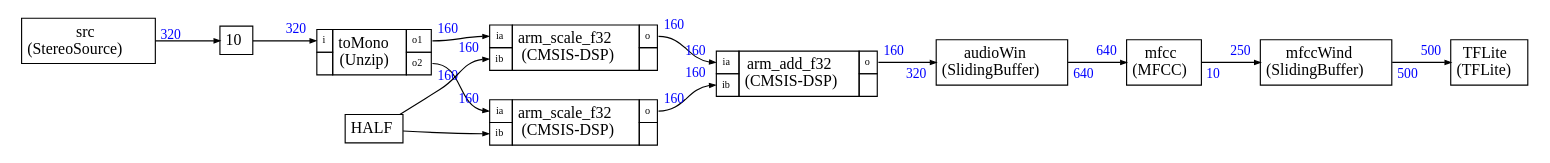
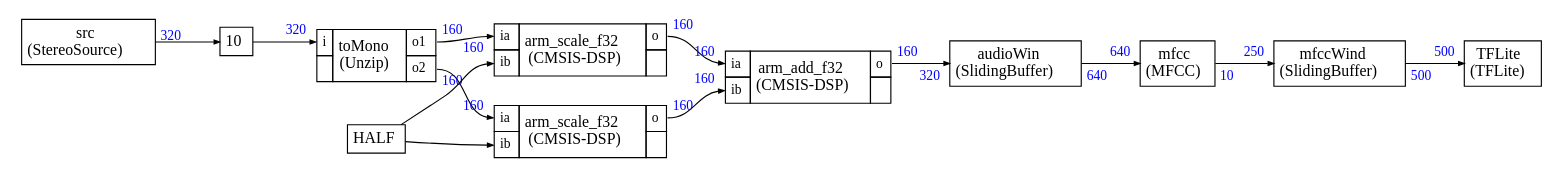
One commit to ARM-software/CMSIS-Stream changed the diagram in Examples/example2/pre_schedule_test.dot. Above: the diagram before and after it, drawn with Graphviz. The commit also changed 200 other files, not shown here.

First line of the commit message:
Preliminary work on graph styling

```diff
--- a/Examples/example2/pre_schedule_test.dot
+++ b/Examples/example2/pre_schedule_test.dot
@@ -1,187 +1,188 @@
 
 
 
 
 digraph structs {
-    node [shape=plaintext]
+    bgcolor = "white"
+    node [shape=plaintext,color="black",fontcolor="black",fontname="Times-Roman"]
     rankdir=LR
-    edge [arrowsize=0.5]
-    fontname="times"
+    edge [arrowsize="0.5",color="black",fontcolor="black",fontname="Times-Roman"]
+
 
 
 src [label=<
-<TABLE BORDER="0" CELLBORDER="1" CELLSPACING="0" CELLPADDING="4">
+<TABLE color="black" bgcolor="none" BORDER="0" CELLBORDER="1" CELLSPACING="0" CELLPADDING="4">
   <TR>
-    <TD ALIGN="CENTER" PORT="i">src<BR/>(StereoSource)</TD>
+    <TD ALIGN="CENTER" PORT="i"><FONT COLOR="black" POINT-SIZE="14.0">src<BR/>(StereoSource)</FONT></TD>
   </TR>
 </TABLE>>];
 
 
 toMono [label=<
-<TABLE BORDER="0" CELLBORDER="1" CELLSPACING="0" CELLPADDING="4">
+<TABLE color="black" bgcolor="none" BORDER="0" CELLBORDER="1" CELLSPACING="0" CELLPADDING="4">
   <TR>
-    <TD PORT="i"><FONT POINT-SIZE="9.0">i</FONT></TD>
-    <TD ALIGN="CENTER" ROWSPAN="2">toMono<BR/>(Unzip)</TD>
-    <TD PORT="o1"><FONT POINT-SIZE="9.0">o1</FONT></TD>
+    <TD PORT="i"><FONT POINT-SIZE="12.0" COLOR="black">i</FONT></TD>
+    <TD ALIGN="CENTER" ROWSPAN="2"><FONT COLOR="black" POINT-SIZE="14.0">toMono<BR/>(Unzip)</FONT></TD>
+    <TD PORT="o1"><FONT POINT-SIZE="12.0" COLOR="black">o1</FONT></TD>
   </TR>
 <TR>
  
 <TD></TD>
-<TD PORT="o2"><FONT POINT-SIZE="9.0">o2</FONT></TD>
+<TD PORT="o2"><FONT POINT-SIZE="12.0" COLOR="black">o2</FONT></TD>
 </TR>
 
 </TABLE>>];
 
 
 arm_scale_f321 [label=<
-<TABLE BORDER="0" CELLBORDER="1" CELLSPACING="0" CELLPADDING="4">
+<TABLE color="black" bgcolor="none" BORDER="0" CELLBORDER="1" CELLSPACING="0" CELLPADDING="4">
   <TR>
-    <TD PORT="ia"><FONT POINT-SIZE="9.0">ia</FONT></TD>
-    <TD ALIGN="CENTER" ROWSPAN="2">arm_scale_f32<BR/>(CMSIS-DSP)</TD>
-    <TD PORT="o"><FONT POINT-SIZE="9.0">o</FONT></TD>
+    <TD PORT="ia"><FONT POINT-SIZE="12.0" COLOR="black">ia</FONT></TD>
+    <TD ALIGN="CENTER" ROWSPAN="2"><FONT COLOR="black" POINT-SIZE="14.0">arm_scale_f32<BR/>(CMSIS-DSP)</FONT></TD>
+    <TD PORT="o"><FONT POINT-SIZE="12.0" COLOR="black">o</FONT></TD>
   </TR>
 <TR>
-<TD PORT="ib"><FONT POINT-SIZE="9.0">ib</FONT></TD>
+<TD PORT="ib"><FONT POINT-SIZE="12.0" COLOR="black">ib</FONT></TD>
 
  
 <TD></TD></TR>
 
 </TABLE>>];
 
 
 arm_scale_f322 [label=<
-<TABLE BORDER="0" CELLBORDER="1" CELLSPACING="0" CELLPADDING="4">
+<TABLE color="black" bgcolor="none" BORDER="0" CELLBORDER="1" CELLSPACING="0" CELLPADDING="4">
   <TR>
-    <TD PORT="ia"><FONT POINT-SIZE="9.0">ia</FONT></TD>
-    <TD ALIGN="CENTER" ROWSPAN="2">arm_scale_f32<BR/>(CMSIS-DSP)</TD>
-    <TD PORT="o"><FONT POINT-SIZE="9.0">o</FONT></TD>
+    <TD PORT="ia"><FONT POINT-SIZE="12.0" COLOR="black">ia</FONT></TD>
+    <TD ALIGN="CENTER" ROWSPAN="2"><FONT COLOR="black" POINT-SIZE="14.0">arm_scale_f32<BR/>(CMSIS-DSP)</FONT></TD>
+    <TD PORT="o"><FONT POINT-SIZE="12.0" COLOR="black">o</FONT></TD>
   </TR>
 <TR>
-<TD PORT="ib"><FONT POINT-SIZE="9.0">ib</FONT></TD>
+<TD PORT="ib"><FONT POINT-SIZE="12.0" COLOR="black">ib</FONT></TD>
 
  
 <TD></TD></TR>
 
 </TABLE>>];
 
 
 arm_add_f321 [label=<
-<TABLE BORDER="0" CELLBORDER="1" CELLSPACING="0" CELLPADDING="4">
+<TABLE color="black" bgcolor="none" BORDER="0" CELLBORDER="1" CELLSPACING="0" CELLPADDING="4">
   <TR>
-    <TD PORT="ia"><FONT POINT-SIZE="9.0">ia</FONT></TD>
-    <TD ALIGN="CENTER" ROWSPAN="2">arm_add_f32<BR/>(CMSIS-DSP)</TD>
-    <TD PORT="o"><FONT POINT-SIZE="9.0">o</FONT></TD>
+    <TD PORT="ia"><FONT POINT-SIZE="12.0" COLOR="black">ia</FONT></TD>
+    <TD ALIGN="CENTER" ROWSPAN="2"><FONT COLOR="black" POINT-SIZE="14.0">arm_add_f32<BR/>(CMSIS-DSP)</FONT></TD>
+    <TD PORT="o"><FONT POINT-SIZE="12.0" COLOR="black">o</FONT></TD>
   </TR>
 <TR>
-<TD PORT="ib"><FONT POINT-SIZE="9.0">ib</FONT></TD>
+<TD PORT="ib"><FONT POINT-SIZE="12.0" COLOR="black">ib</FONT></TD>
 
  
 <TD></TD></TR>
 
 </TABLE>>];
 
 audioWin [label=<
-<TABLE BORDER="0" CELLBORDER="1" CELLSPACING="0" CELLPADDING="4">
+<TABLE color="black" bgcolor="none" BORDER="0" CELLBORDER="1" CELLSPACING="0" CELLPADDING="4">
   <TR>
-    <TD ALIGN="CENTER" PORT="i">audioWin<BR/>(SlidingBuffer)</TD>
+    <TD ALIGN="CENTER" PORT="i"><FONT COLOR="black" POINT-SIZE="14.0">audioWin<BR/>(SlidingBuffer)</FONT></TD>
   </TR>
 </TABLE>>];
 
 mfcc [label=<
-<TABLE BORDER="0" CELLBORDER="1" CELLSPACING="0" CELLPADDING="4">
+<TABLE color="black" bgcolor="none" BORDER="0" CELLBORDER="1" CELLSPACING="0" CELLPADDING="4">
   <TR>
-    <TD ALIGN="CENTER" PORT="i">mfcc<BR/>(MFCC)</TD>
+    <TD ALIGN="CENTER" PORT="i"><FONT COLOR="black" POINT-SIZE="14.0">mfcc<BR/>(MFCC)</FONT></TD>
   </TR>
 </TABLE>>];
 
 mfccWind [label=<
-<TABLE BORDER="0" CELLBORDER="1" CELLSPACING="0" CELLPADDING="4">
+<TABLE color="black" bgcolor="none" BORDER="0" CELLBORDER="1" CELLSPACING="0" CELLPADDING="4">
   <TR>
-    <TD ALIGN="CENTER" PORT="i">mfccWind<BR/>(SlidingBuffer)</TD>
+    <TD ALIGN="CENTER" PORT="i"><FONT COLOR="black" POINT-SIZE="14.0">mfccWind<BR/>(SlidingBuffer)</FONT></TD>
   </TR>
 </TABLE>>];
 
 TFLite [label=<
-<TABLE BORDER="0" CELLBORDER="1" CELLSPACING="0" CELLPADDING="4">
+<TABLE color="black" bgcolor="none" BORDER="0" CELLBORDER="1" CELLSPACING="0" CELLPADDING="4">
   <TR>
-    <TD ALIGN="CENTER" PORT="i">TFLite<BR/>(TFLite)</TD>
+    <TD ALIGN="CENTER" PORT="i"><FONT COLOR="black" POINT-SIZE="14.0">TFLite<BR/>(TFLite)</FONT></TD>
   </TR>
 </TABLE>>];
 
 
 srctoMonoDelay [label=<
-<TABLE BORDER="0" CELLBORDER="1" CELLSPACING="0" CELLPADDING="4">
+<TABLE color="black" bgcolor="none" BORDER="0" CELLBORDER="1" CELLSPACING="0" CELLPADDING="4">
   <TR>
-    <TD ALIGN="CENTER" PORT="i">10</TD>
+    <TD ALIGN="CENTER" PORT="i"><FONT COLOR="black" POINT-SIZE="14.0">10</FONT></TD>
   </TR>
 </TABLE>>];
 
 
-src:i -> srctoMonoDelay:i [label="",taillabel=<<TABLE BORDER="0" CELLPADDING="2"><TR><TD><FONT COLOR="blue" POINT-SIZE="12.0" >320</FONT>
+src:i -> srctoMonoDelay:i [style="solid",color="black",label="",taillabel=<<TABLE BORDER="0" CELLPADDING="2"><TR><TD><FONT COLOR="blue" POINT-SIZE="12.0" >320</FONT>
 </TD></TR></TABLE>>]
 
-srctoMonoDelay:i -> toMono:i [label=""
+srctoMonoDelay:i -> toMono:i [style="solid",color="black",label=""
 ,headlabel=<<TABLE BORDER="0" CELLPADDING="2"><TR><TD><FONT COLOR="blue" POINT-SIZE="12.0" >320</FONT>
 </TD></TR></TABLE>>]
 
 
-toMono:o1 -> arm_scale_f321:ia [label=""
+toMono:o1 -> arm_scale_f321:ia [style="solid",color="black",label=""
 ,headlabel=<<TABLE BORDER="0" CELLPADDING="2"><TR><TD><FONT COLOR="blue" POINT-SIZE="12.0" >160</FONT>
 </TD></TR></TABLE>>
 ,taillabel=<<TABLE BORDER="0" CELLPADDING="2"><TR><TD><FONT COLOR="blue" POINT-SIZE="12.0" >160</FONT>
 </TD></TR></TABLE>>]
 
-toMono:o2 -> arm_scale_f322:ia [label=""
+toMono:o2 -> arm_scale_f322:ia [style="solid",color="black",label=""
 ,headlabel=<<TABLE BORDER="0" CELLPADDING="2"><TR><TD><FONT COLOR="blue" POINT-SIZE="12.0" >160</FONT>
 </TD></TR></TABLE>>
 ,taillabel=<<TABLE BORDER="0" CELLPADDING="2"><TR><TD><FONT COLOR="blue" POINT-SIZE="12.0" >160</FONT>
 </TD></TR></TABLE>>]
 
-arm_scale_f321:o -> arm_add_f321:ia [label=""
+arm_scale_f321:o -> arm_add_f321:ia [style="solid",color="black",label=""
 ,headlabel=<<TABLE BORDER="0" CELLPADDING="2"><TR><TD><FONT COLOR="blue" POINT-SIZE="12.0" >160</FONT>
 </TD></TR></TABLE>>
 ,taillabel=<<TABLE BORDER="0" CELLPADDING="2"><TR><TD><FONT COLOR="blue" POINT-SIZE="12.0" >160</FONT>
 </TD></TR></TABLE>>]
 
-arm_scale_f322:o -> arm_add_f321:ib [label=""
+arm_scale_f322:o -> arm_add_f321:ib [style="solid",color="black",label=""
 ,headlabel=<<TABLE BORDER="0" CELLPADDING="2"><TR><TD><FONT COLOR="blue" POINT-SIZE="12.0" >160</FONT>
 </TD></TR></TABLE>>
 ,taillabel=<<TABLE BORDER="0" CELLPADDING="2"><TR><TD><FONT COLOR="blue" POINT-SIZE="12.0" >160</FONT>
 </TD></TR></TABLE>>]
 
-arm_add_f321:o -> audioWin:i [label=""
+arm_add_f321:o -> audioWin:i [style="solid",color="black",label=""
 ,headlabel=<<TABLE BORDER="0" CELLPADDING="2"><TR><TD><FONT COLOR="blue" POINT-SIZE="12.0" >320</FONT>
 </TD></TR></TABLE>>
 ,taillabel=<<TABLE BORDER="0" CELLPADDING="2"><TR><TD><FONT COLOR="blue" POINT-SIZE="12.0" >160</FONT>
 </TD></TR></TABLE>>]
 
-audioWin:i -> mfcc:i [label=""
+audioWin:i -> mfcc:i [style="solid",color="black",label=""
 ,headlabel=<<TABLE BORDER="0" CELLPADDING="2"><TR><TD><FONT COLOR="blue" POINT-SIZE="12.0" >640</FONT>
 </TD></TR></TABLE>>
 ,taillabel=<<TABLE BORDER="0" CELLPADDING="2"><TR><TD><FONT COLOR="blue" POINT-SIZE="12.0" >640</FONT>
 </TD></TR></TABLE>>]
 
-mfcc:i -> mfccWind:i [label=""
+mfcc:i -> mfccWind:i [style="solid",color="black",label=""
 ,headlabel=<<TABLE BORDER="0" CELLPADDING="2"><TR><TD><FONT COLOR="blue" POINT-SIZE="12.0" >250</FONT>
 </TD></TR></TABLE>>
 ,taillabel=<<TABLE BORDER="0" CELLPADDING="2"><TR><TD><FONT COLOR="blue" POINT-SIZE="12.0" >10</FONT>
 </TD></TR></TABLE>>]
 
-mfccWind:i -> TFLite:i [label=""
+mfccWind:i -> TFLite:i [style="solid",color="black",label=""
 ,headlabel=<<TABLE BORDER="0" CELLPADDING="2"><TR><TD><FONT COLOR="blue" POINT-SIZE="12.0" >500</FONT>
 </TD></TR></TABLE>>
 ,taillabel=<<TABLE BORDER="0" CELLPADDING="2"><TR><TD><FONT COLOR="blue" POINT-SIZE="12.0" >500</FONT>
 </TD></TR></TABLE>>]
 
 HALF [label=<
-<TABLE BORDER="0" CELLBORDER="1" CELLSPACING="0" CELLPADDING="4">
+<TABLE color="black" bgcolor="none" BORDER="0" CELLBORDER="1" CELLSPACING="0" CELLPADDING="4">
   <TR>
-    <TD ALIGN="CENTER" PORT="i">HALF</TD>
+    <TD ALIGN="CENTER" PORT="i"><FONT COLOR="black" POINT-SIZE="14.0">HALF</FONT></TD>
   </TR>
 </TABLE>>];
 
 HALF:i -> arm_scale_f321:ib
-
+ [style="solid",color="black"]
 HALF:i -> arm_scale_f322:ib
-
+ [style="solid",color="black"]
 }
```
